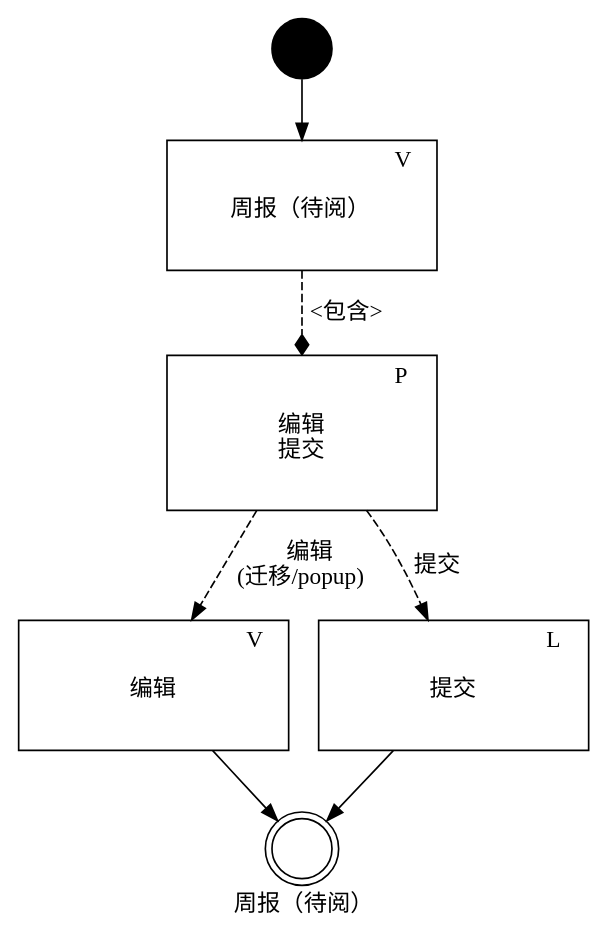
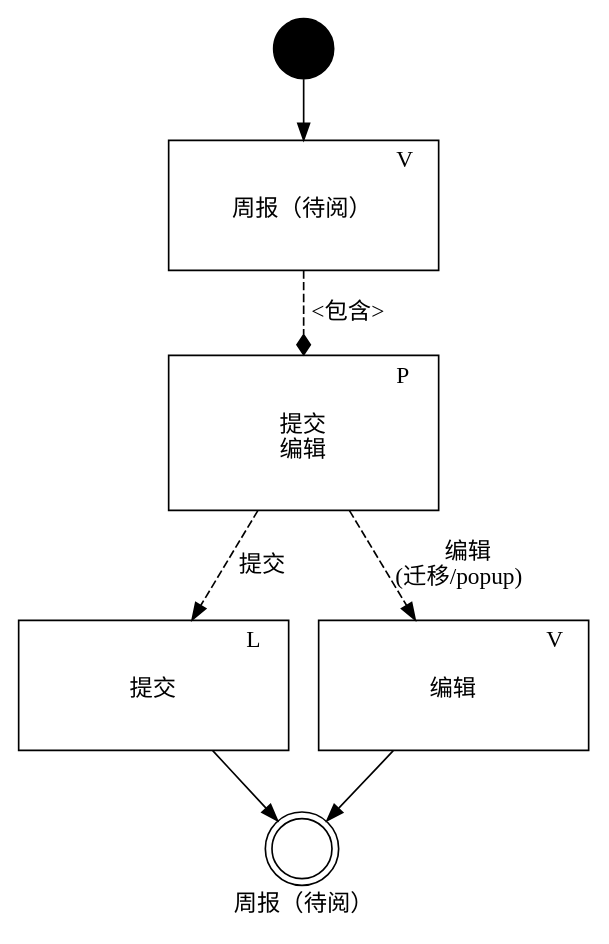
Before and after one commit to zj335841911/nt_chandao: the diagram in ibizpms-docs/src/main/doc/v1/app/mob/func/IbzWeeklyMobEditView.md, drawn with PlantUML. The commit also changed other lines of this file and 2125 other files, not shown here.

```diff
--- a/ibizpms-docs/src/main/doc/v1/app/mob/func/IbzWeeklyMobEditView.md
+++ b/ibizpms-docs/src/main/doc/v1/app/mob/func/IbzWeeklyMobEditView.md
@@ -5,82 +5,82 @@
 {% plantuml %}
 
 digraph IbzWeeklyMobEditView {
 
 label="周报（待阅）";    
 
 #rankdir=LR;
 
 start [shape=circle,size="1,1",label="",style=filled, fillcolor=black]
 end [shape=doublecircle,label=""]
 
 own [shape=none, margin=0,size="6,6", label=<
 <TABLE WIDTH="150" BORDER="1" CELLBORDER="1" >
 <TR>
 <TD WIDTH="115" BORDER="0" COLSPAN="3"></TD><TD WIDTH="35" BORDER="0">V</TD>
 </TR>
 <TR>
 <TD BORDER="0" COLSPAN="4" CELLPADDING="10">周报（待阅）<BR/><BR/></TD>
 </TR>
 </TABLE>
 >];
 
 part [shape=none, margin=0, label=<
 <TABLE WIDTH="150" BORDER="1" CELLBORDER="1" >
 <TR>
 <TD WIDTH="115" BORDER="0" COLSPAN="3"></TD><TD WIDTH="35" BORDER="0">P</TD> 
 </TR>
 <TR>
 <TD BORDER="0" COLSPAN="4" CELLPADDING="10">
+提交<BR/>
 编辑<BR/>
-提交<BR/>
 <BR/></TD>
 </TR>
 </TABLE>
 >];
+
+
+MobSubmit [shape=none, margin=0, label=<
+<TABLE WIDTH="150" BORDER="1" CELLBORDER="1" >
+<TR>
+<TD WIDTH="115" BORDER="0" COLSPAN="3"></TD><TD WIDTH="35" BORDER="0">L</TD>
+</TR>
+<TR>
+<TD BORDER="0" COLSPAN="4" CELLPADDING="10">提交<BR/><BR/></TD>
+</TR>
+</TABLE>
+>];
+
 
 
 mobEdit1 [shape=none, margin=0, label=<
 <TABLE WIDTH="150" BORDER="1" CELLBORDER="1" >
 <TR>
 <TD WIDTH="115" BORDER="0" COLSPAN="3"></TD><TD WIDTH="35" BORDER="0">V</TD>
 </TR>
 <TR>
 <TD BORDER="0" COLSPAN="4" CELLPADDING="10">编辑<BR/><BR/></TD>
 </TR>
 </TABLE>
 >];
 
 
 
-MobSubmit [shape=none, margin=0, label=<
-<TABLE WIDTH="150" BORDER="1" CELLBORDER="1" >
-<TR>
-<TD WIDTH="115" BORDER="0" COLSPAN="3"></TD><TD WIDTH="35" BORDER="0">L</TD>
-</TR>
-<TR>
-<TD BORDER="0" COLSPAN="4" CELLPADDING="10">提交<BR/><BR/></TD>
-</TR>
-</TABLE>
->];
+start -> own ;
+own -> part [style=dashed,arrowhead=diamond,label="<包含>"] ;
 
 
+part -> MobSubmit [style=dashed,label=<提交>];
 
-start -> own ;
-own -> part [style=dashed,arrowhead=diamond,label="<包含>"] ;
+MobSubmit -> end ;
+
 
 
 part -> mobEdit1 [style=dashed,label=<编辑<BR/>(迁移/popup)>];
 
 mobEdit1 -> end ;
 
 
 
-part -> MobSubmit [style=dashed,label=<提交>];
-
-MobSubmit -> end ;
-
-
-
 }
 
 {% endplantuml %}
```
